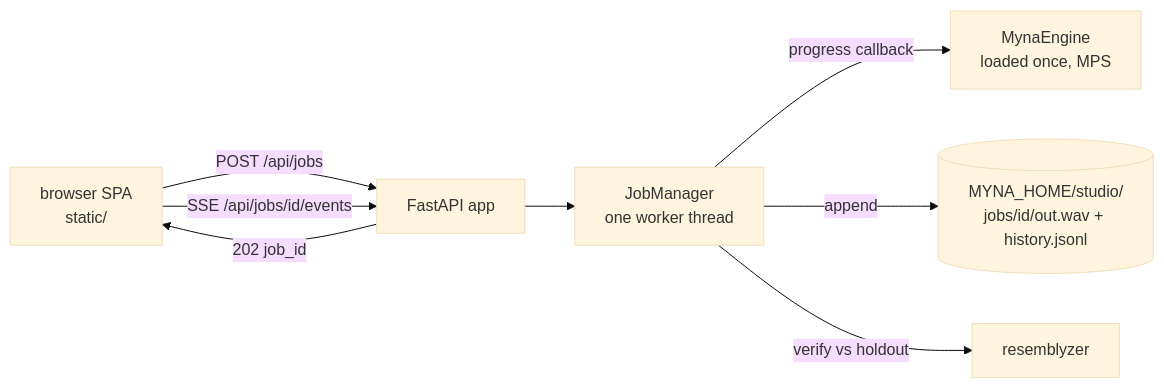
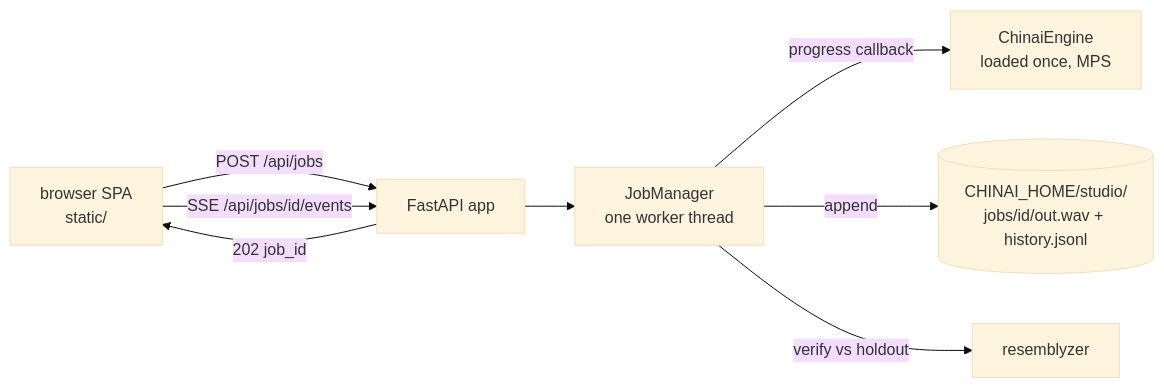
One commit to MattModeCode/double-chin changed the second of 2 diagrams in docs/design.md. Above: the diagram before and after it, drawn with Mermaid (base theme). The commit also changed other lines of this file and 4 other files, not shown here.

````diff
--- a/docs/design.md
+++ b/docs/design.md
@@ -147,10 +147,10 @@
 ```mermaid
 flowchart LR
     B[browser SPA<br/>static/] -- "POST /api/jobs" --> A[FastAPI app]
     A -- 202 job_id --> B
     A --> M[JobManager<br/>one worker thread]
-    M -- progress callback --> E[MynaEngine<br/>loaded once, MPS]
-    M -- append --> H[(MYNA_HOME/studio/<br/>jobs/id/out.wav + history.jsonl)]
+    M -- progress callback --> E[ChinaiEngine<br/>loaded once, MPS]
+    M -- append --> H[(CHINAI_HOME/studio/<br/>jobs/id/out.wav + history.jsonl)]
     B -- "SSE /api/jobs/id/events" --> A
     M -- verify vs holdout --> V[resemblyzer]
 ```
````
